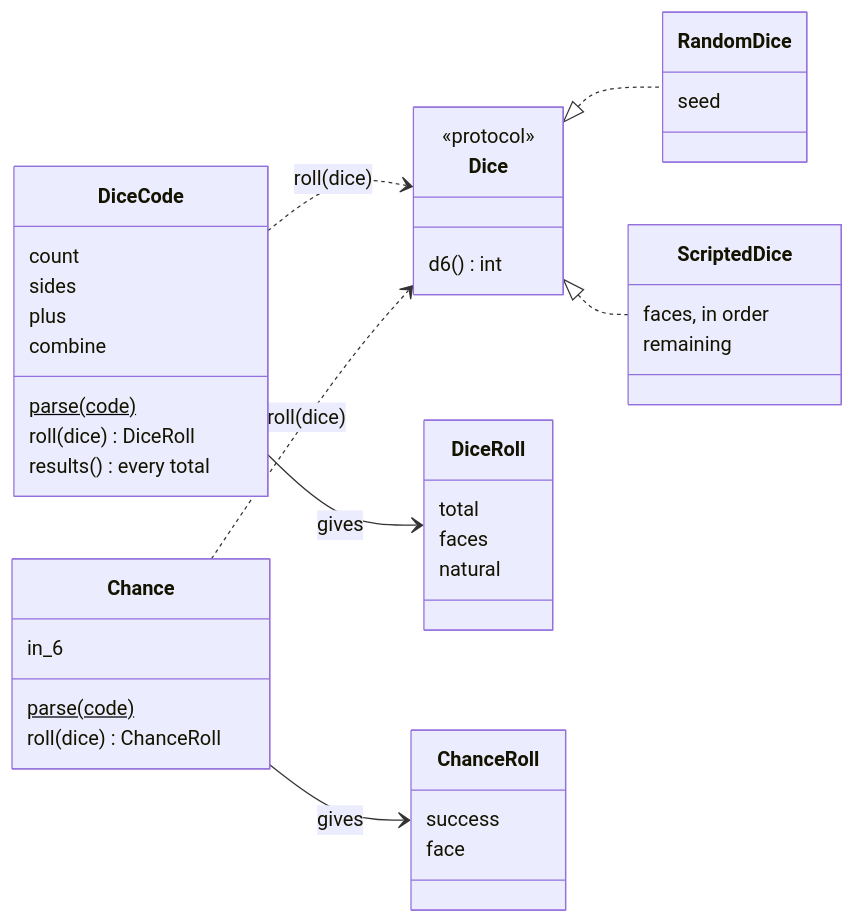
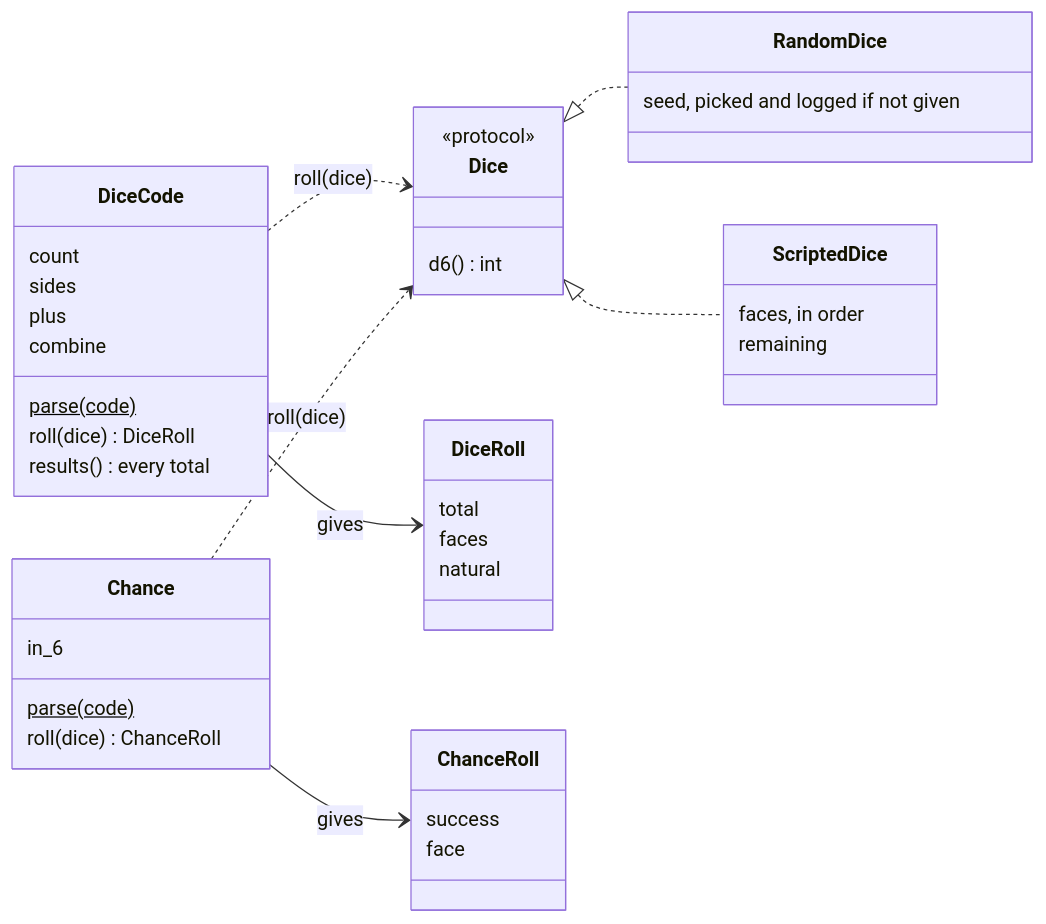
One commit to NathanChalot/AloneVsFEear changed the first of 6 diagrams in docs/architecture.md. Above: the diagram before and after it, drawn with Mermaid. The commit also changed other lines of this file and 20 other files, not shown here.

````diff
--- a/docs/architecture.md
+++ b/docs/architecture.md
@@ -29,44 +35,44 @@
 ```mermaid
 classDiagram
     direction LR
     DiceCode ..> Dice : roll(dice)
     Chance ..> Dice : roll(dice)
     DiceCode --> DiceRoll : gives
     Chance --> ChanceRoll : gives
     Dice <|.. RandomDice
     Dice <|.. ScriptedDice
     class DiceCode {
         count
         sides
         plus
         combine
         parse(code)$
         roll(dice) DiceRoll
         results() every total
     }
     class Chance {
         in_6
         parse(code)$
         roll(dice) ChanceRoll
     }
     class Dice {
         <<protocol>>
         d6() int
     }
     class RandomDice {
-        seed
+        seed, picked and logged if not given
     }
     class ScriptedDice {
         faces, in order
         remaining
     }
     class DiceRoll {
         total
         faces
         natural
     }
     class ChanceRoll {
         success
         face
     }
 ```
````
